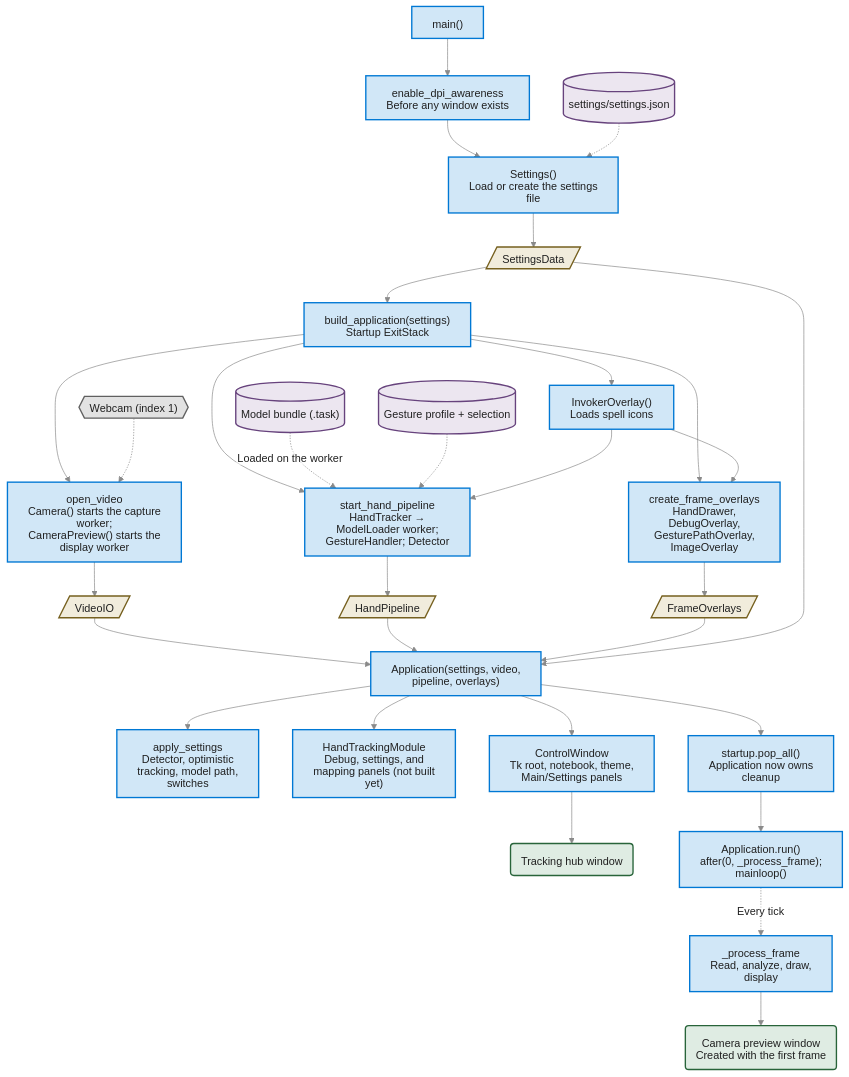
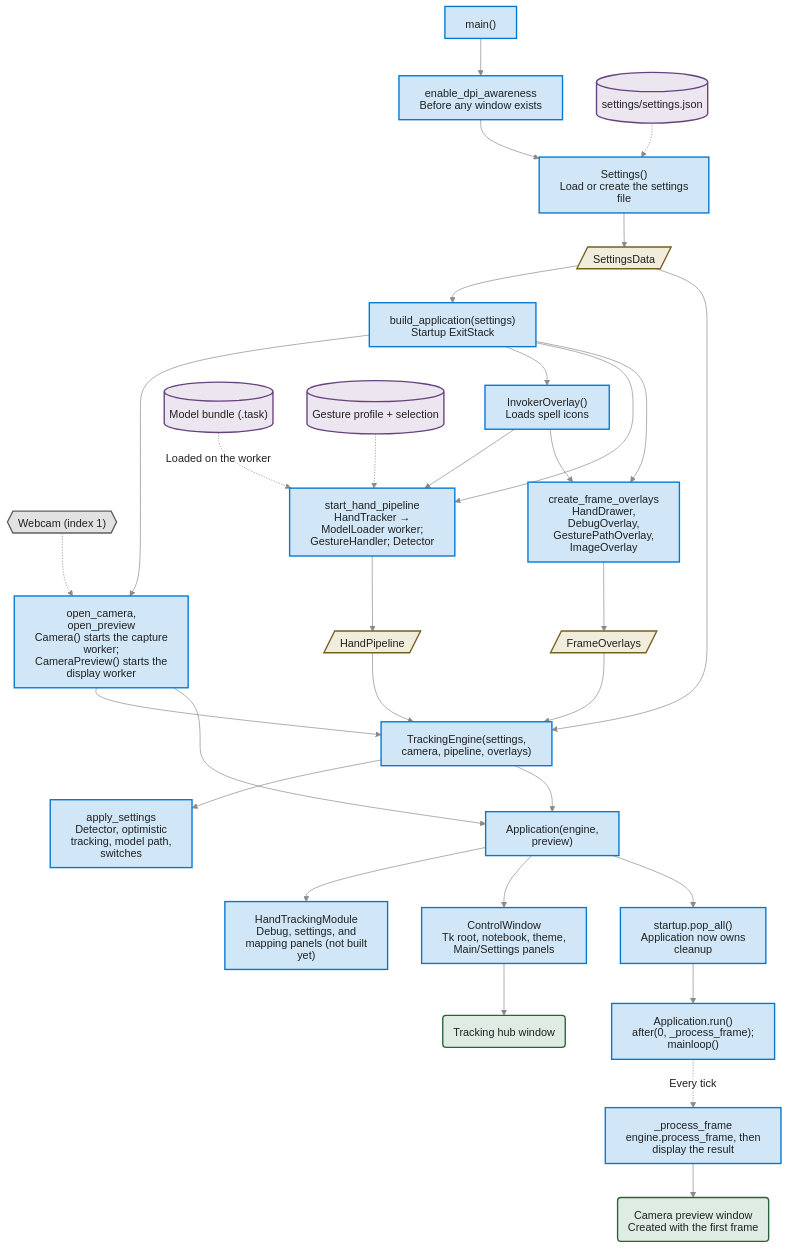
The first of 2 diagrams in hand-tracking/docs/startup_lifecycle.md (MarkJuliusAbraham/ComputerVisionBasics), drawn with Mermaid before and after one commit. The commit also changed other lines of this file and 294 other files, not shown here.

First line of the commit message:
Split hand tracking into backend and frontend packages

````diff
--- a/hand-tracking/docs/startup_lifecycle.md
+++ b/hand-tracking/docs/startup_lifecycle.md
@@ -27,44 +29,45 @@
 ```mermaid
 %%{init: {"theme": "base", "htmlLabels": false, "flowchart": {"htmlLabels": false}, "themeCSS": ".edgeLabel rect, .labelBkg { fill: #ffffff !important; opacity: 1 !important; }", "themeVariables": {"primaryTextColor": "#202020", "textColor": "#202020", "lineColor": "#8a8a8a", "edgeLabelBackground": "#ffffff", "clusterBkg": "#f7f7f7", "clusterBorder": "#808080", "titleColor": "#202020", "background": "#ffffff"}}}%%
 flowchart TD
     Main["main()"]:::component --> DPI["enable_dpi_awareness<br/>Before any window exists"]:::component
     DPI --> LoadSettings["Settings()<br/>Load or create the settings file"]:::component
     SettingsFile[("settings/settings.json")]:::config -.-> LoadSettings
     LoadSettings --> Data[/"SettingsData"/]:::data
     Data --> Build["build_application(settings)<br/>Startup ExitStack"]:::component
 
-    Build --> Video["open_video<br/>Camera() starts the capture worker;<br/>CameraPreview() starts the display worker"]:::component
-    Video --> VideoIO[/"VideoIO"/]:::data
+    Build --> Video["open_camera, open_preview<br/>Camera() starts the capture worker;<br/>CameraPreview() starts the display worker"]:::component
     Webcam{{"Webcam (index 1)"}}:::external -.-> Video
 
     Build --> Invoker["InvokerOverlay()<br/>Loads spell icons"]:::component
     Build --> Pipeline["start_hand_pipeline<br/>HandTracker → ModelLoader worker;<br/>GestureHandler; Detector"]:::component
     Model[("Model bundle (.task)")]:::config -.->|"Loaded on the worker"| Pipeline
     Profiles[("Gesture profile + selection")]:::config -.-> Pipeline
     Invoker --> Pipeline
     Pipeline --> HandPipeline[/"HandPipeline"/]:::data
 
     Build --> Overlays["create_frame_overlays<br/>HandDrawer, DebugOverlay,<br/>GesturePathOverlay, ImageOverlay"]:::component
     Invoker --> Overlays
     Overlays --> FrameOverlays[/"FrameOverlays"/]:::data
 
-    VideoIO --> App["Application(settings, video, pipeline, overlays)"]:::component
-    HandPipeline --> App
-    FrameOverlays --> App
-    Data --> App
-    App --> Apply["apply_settings<br/>Detector, optimistic tracking, model path, switches"]:::component
+    Video --> Engine["TrackingEngine(settings, camera, pipeline, overlays)"]:::component
+    HandPipeline --> Engine
+    FrameOverlays --> Engine
+    Data --> Engine
+    Engine --> Apply["apply_settings<br/>Detector, optimistic tracking, model path, switches"]:::component
+    Engine --> App["Application(engine, preview)"]:::component
+    Video --> App
     App --> Module["HandTrackingModule<br/>Debug, settings, and mapping panels (not built yet)"]:::component
     App --> Hub["ControlWindow<br/>Tk root, notebook, theme, Main/Settings panels"]:::component
     Hub --> HubView("Tracking hub window"):::view
 
     App --> Handoff["startup.pop_all()<br/>Application now owns cleanup"]:::component
     Handoff --> Run["Application.run()<br/>after(0, _process_frame); mainloop()"]:::component
-    Run -.->|"Every tick"| Frame["_process_frame<br/>Read, analyze, draw, display"]:::component
+    Run -.->|"Every tick"| Frame["_process_frame<br/>engine.process_frame, then display the result"]:::component
     Frame --> Preview("Camera preview window<br/>Created with the first frame"):::view
 
     classDef component fill:#d1e7f7,stroke:#0078d4,color:#202020,stroke-width:2px;
     classDef data fill:#f1ecdc,stroke:#76601f,color:#202020,stroke-width:2px;
     classDef view fill:#dfece3,stroke:#28643a,color:#202020,stroke-width:2px;
     classDef config fill:#ece6f0,stroke:#67437d,color:#202020,stroke-width:2px;
     classDef external fill:#e2e2e2,stroke:#606060,color:#202020,stroke-width:2px;
 ```
````
